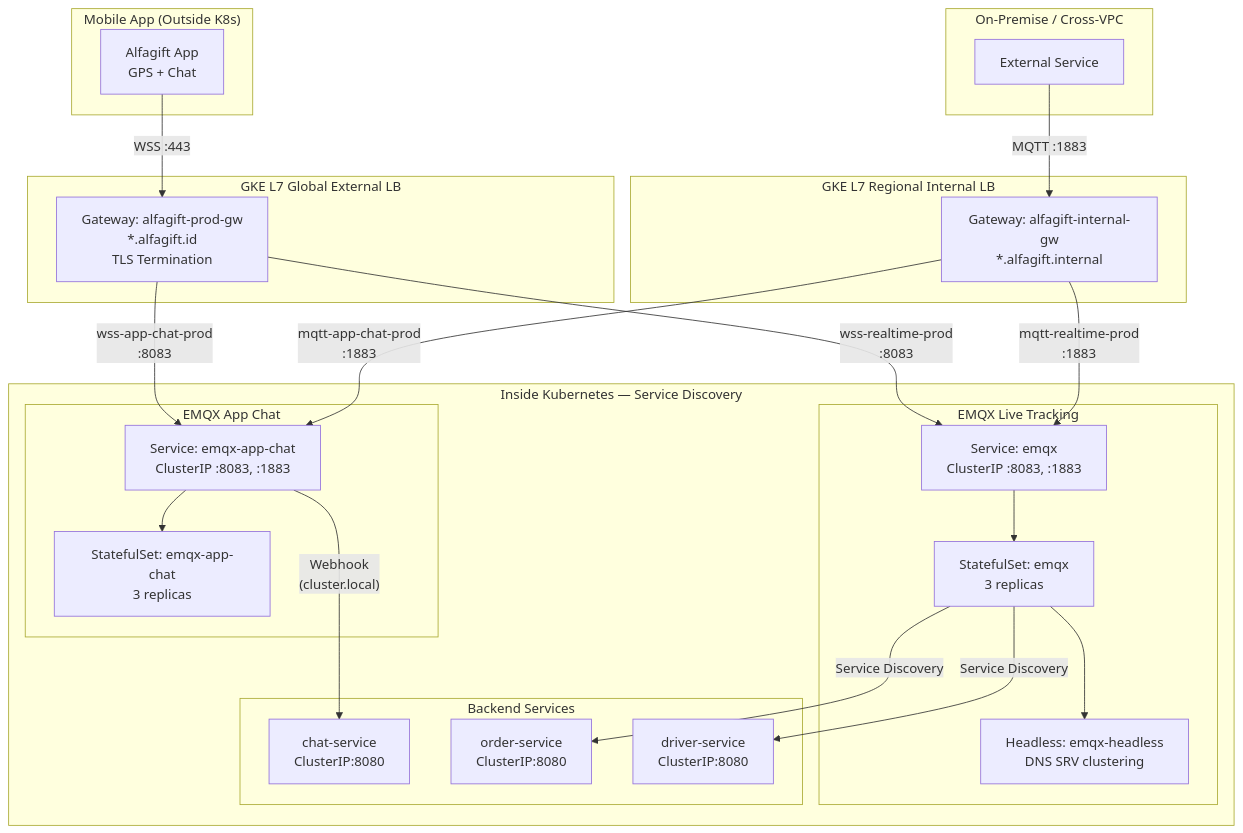
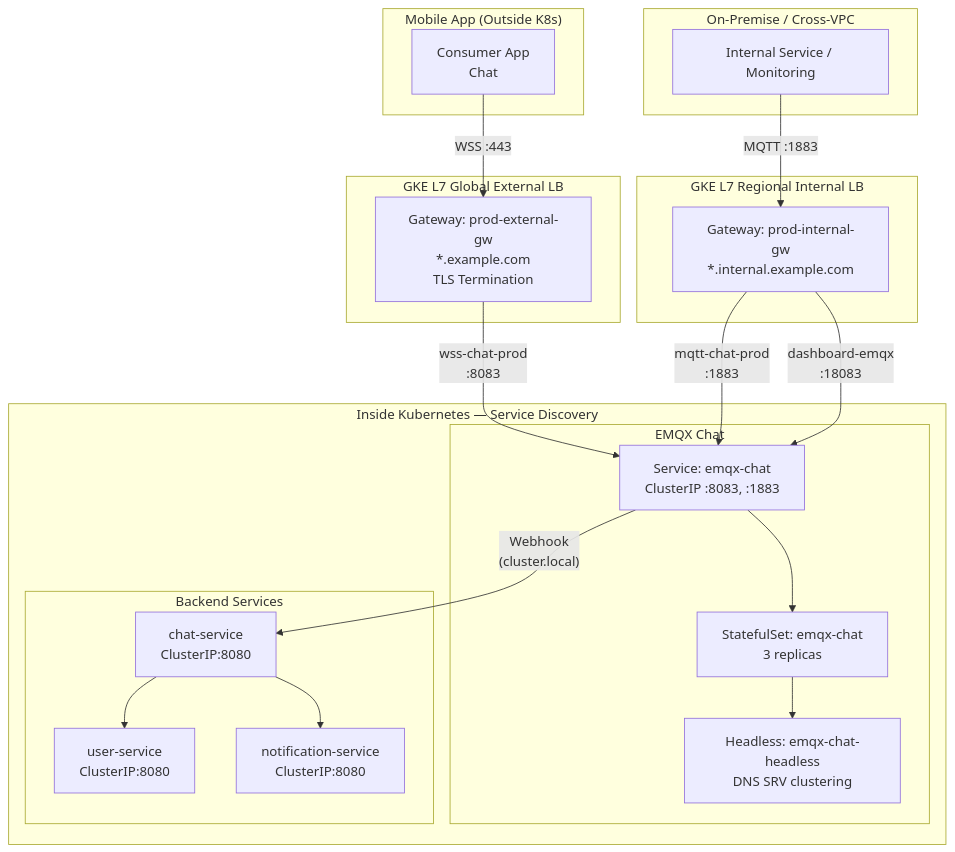
Before and after one commit to ahmadnurhidayat/docs: the diagram in src/content/docs/04-conferences/kcd-indonesia-2026/cfp-submission.md, drawn with Mermaid. The commit also changed other lines of this file and 5 other files, not shown here.

````diff
--- a/src/content/docs/04-conferences/kcd-indonesia-2026/cfp-submission.md
+++ b/src/content/docs/04-conferences/kcd-indonesia-2026/cfp-submission.md
@@ -131,50 +151,44 @@
 ```mermaid
 flowchart TB
     subgraph MOBILE["Mobile App (Outside K8s)"]
-        APP["Alfagift App<br/>GPS + Chat"]
+        APP["Consumer App<br/>Chat"]
     end
 
     subgraph EXT_LB["GKE L7 Global External LB"]
-        EXT_GW["Gateway: alfagift-prod-gw<br/>*.alfagift.id<br/>TLS Termination"]
+        EXT_GW["Gateway: prod-external-gw<br/>*.example.com<br/>TLS Termination"]
     end
 
     subgraph INT_LB["GKE L7 Regional Internal LB"]
-        INT_GW["Gateway: alfagift-internal-gw<br/>*.alfagift.internal"]
+        INT_GW["Gateway: prod-internal-gw<br/>*.internal.example.com"]
     end
 
     subgraph K8S["Inside Kubernetes — Service Discovery"]
-        subgraph LIVE["EMQX Live Tracking"]
-            SVC_L["Service: emqx<br/>ClusterIP :8083, :1883"]
-            STS_L["StatefulSet: emqx<br/>3 replicas"]
-            HD_L["Headless: emqx-headless<br/>DNS SRV clustering"]
-        end
-        subgraph CHAT["EMQX App Chat"]
-            SVC_C["Service: emqx-app-chat<br/>ClusterIP :8083, :1883"]
-            STS_C["StatefulSet: emqx-app-chat<br/>3 replicas"]
+        subgraph CHAT["EMQX Chat"]
+            SVC_C["Service: emqx-chat<br/>ClusterIP :8083, :1883"]
+            STS_C["StatefulSet: emqx-chat<br/>3 replicas"]
+            HD_C["Headless: emqx-chat-headless<br/>DNS SRV clustering"]
         end
         subgraph BACKEND["Backend Services"]
             CE["chat-service<br/>ClusterIP:8080"]
-            ORDER["order-service<br/>ClusterIP:8080"]
-            DRIVER["driver-service<br/>ClusterIP:8080"]
+            USER["user-service<br/>ClusterIP:8080"]
+            NOTIF["notification-service<br/>ClusterIP:8080"]
         end
     end
 
     subgraph ONPREM["On-Premise / Cross-VPC"]
-        EXT_SVC["External Service"]
+        EXT_SVC["Internal Service / Monitoring"]
     end
 
     APP -->|"WSS :443"| EXT_GW
-    EXT_GW -->|"wss-realtime-prod<br/>:8083"| SVC_L
-    EXT_GW -->|"wss-app-chat-prod<br/>:8083"| SVC_C
+    EXT_GW -->|"wss-chat-prod<br/>:8083"| SVC_C
 
     EXT_SVC -->|"MQTT :1883"| INT_GW
-    INT_GW -->|"mqtt-realtime-prod<br/>:1883"| SVC_L
-    INT_GW -->|"mqtt-app-chat-prod<br/>:1883"| SVC_C
+    INT_GW -->|"mqtt-chat-prod<br/>:1883"| SVC_C
+    INT_GW -->|"dashboard-emqx<br/>:18083"| SVC_C
 
-    SVC_L --> STS_L
     SVC_C --> STS_C
-    STS_L --> HD_L
+    STS_C --> HD_C
     SVC_C -->|"Webhook<br/>(cluster.local)"| CE
-    STS_L -->|"Service Discovery"| ORDER
-    STS_L -->|"Service Discovery"| DRIVER
+    CE --> USER
+    CE --> NOTIF
 ```
````
